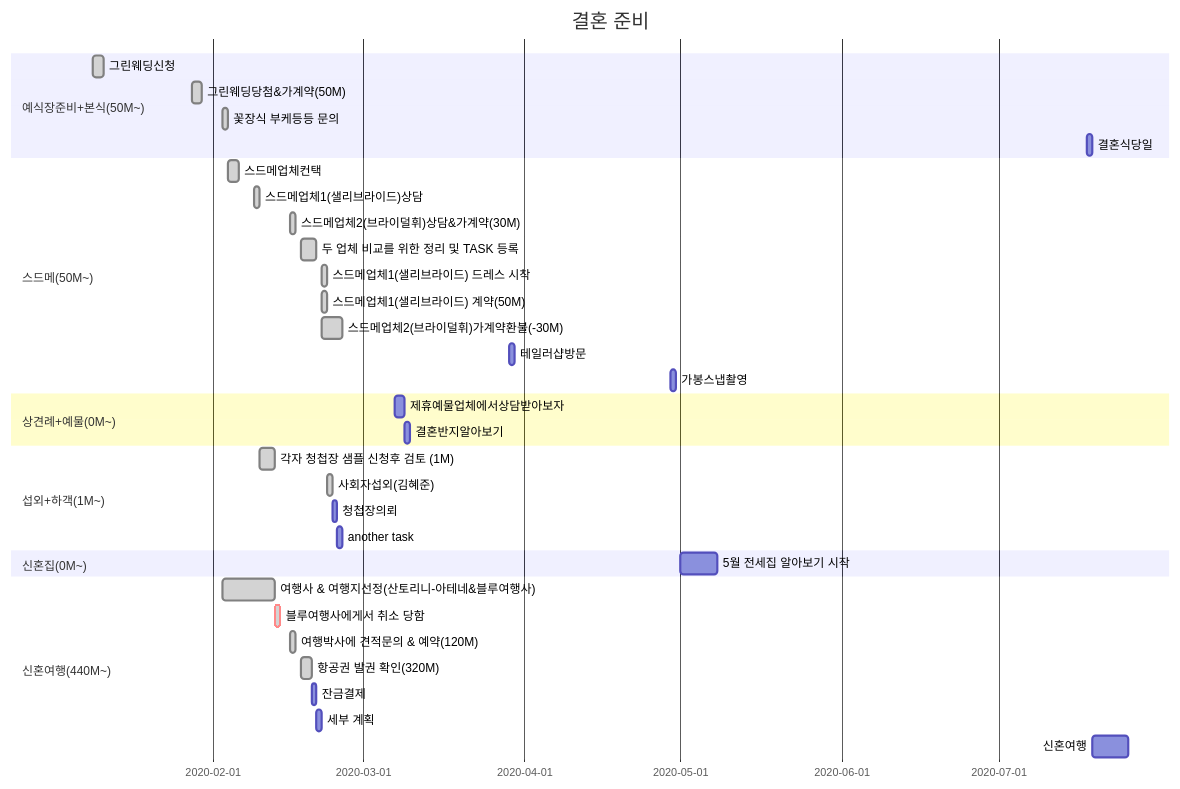
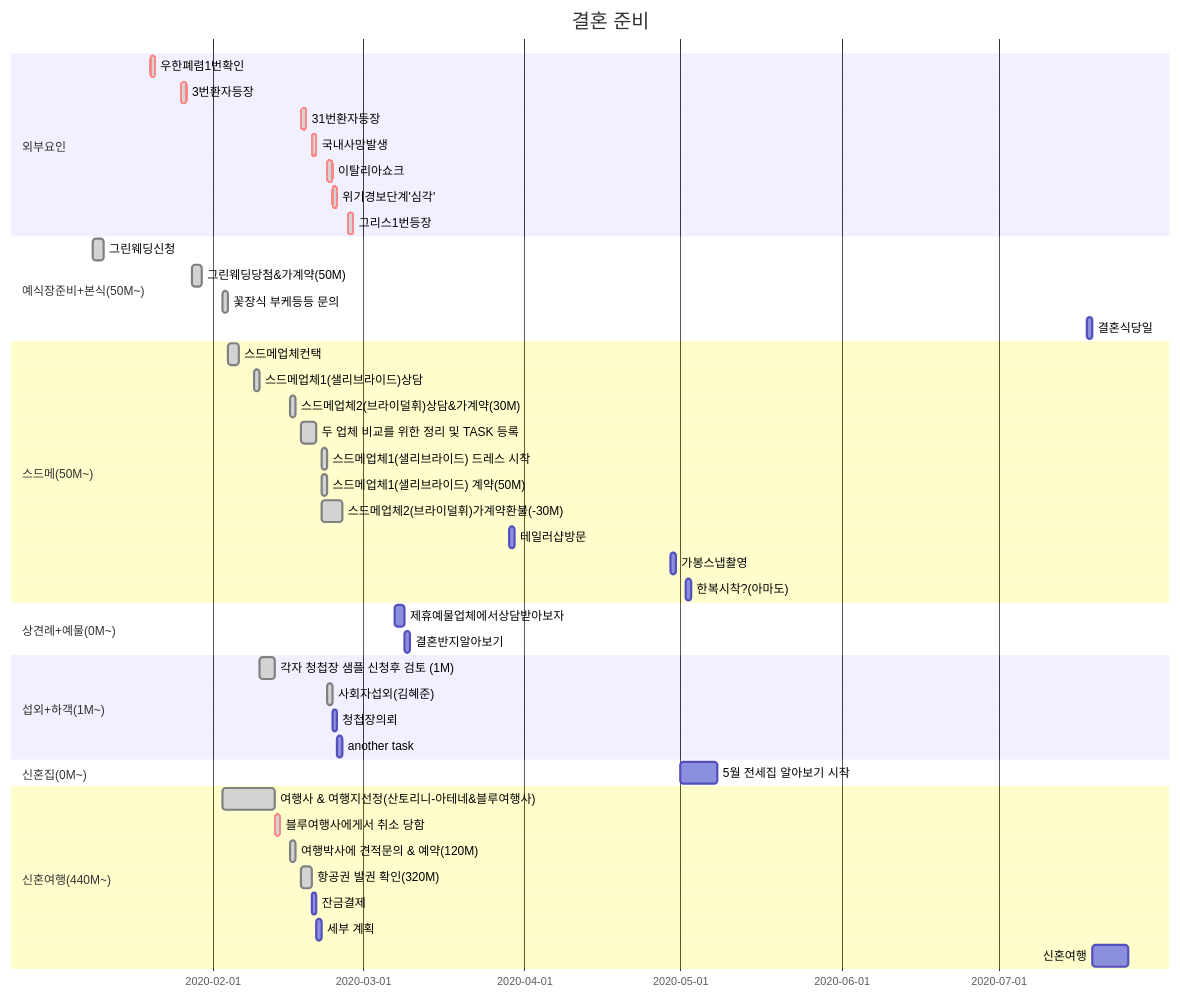
One commit to rino0601/hjk52knk changed the diagram in grantt.mmd. Above: the diagram before and after it, drawn with Mermaid. The commit also changed other lines of this file and 1 other file, not shown here.

```diff
--- a/grantt.mmd
+++ b/grantt.mmd
@@ -1,42 +1,53 @@
 gantt
 	title 결혼 준비
 	dateFormat  YYYY-MM-DD
 
-	section 예식장준비+본식(50M~)
+	section 외부요인
+    우한폐렴1번확인: done, crit, 2020-01-20, 1d
+    3번환자등장: done, crit, 2020-01-26, 1d
+    31번환자등장: done, crit, 2020-02-18, 1d
+    국내사망발생: done, crit, 2020-02-20, 1d
+    이탈리아쇼크: done, crit, 2020-02-23, 1d
+    위기경보단계'심각': done, crit, 2020-02-24, 1d
+    그리스1번등장: done, crit, 2020-02-27, 1d
+
+
+  section 예식장준비+본식(50M~)
     그린웨딩신청: done, 2020-01-09, 2d
     그린웨딩당첨&가계약(50M): done, 2020-01-28, 2d
     꽃장식 부케등등 문의: done, 2020-02-03, 1d
     결혼식당일: dday, 2020-07-18  , 1d
   section 스드메(50M~)
     스드메업체컨택: done, 2020-02-04, 2d
     스드메업체1(샐리브라이드)상담: done, 2020-02-09, 1d
     스드메업체2(브라이덜휘)상담&가계약(30M): done, 2020-02-16, 1d
     두 업체 비교를 위한 정리 및 TASK 등록: done, 2020-02-18, 2020-02-21
     스드메업체1(샐리브라이드) 드레스 시착: done, 2020-02-22, 1d
     스드메업체1(샐리브라이드) 계약(50M): done, 2020-02-22, 1d
     스드메업체2(브라이덜휘)가계약환불(-30M): done, 2020-02-22, 2020-02-26
     테일러샵방문: 2020-03-29, 1d
     가봉스냅촬영: 2020-04-29, 1d
+    한복시착?(아마도): 2020-05-02, 1d
 
   section 상견례+예물(0M~)
     제휴예물업체에서상담받아보자: 2020-03-07, 2d
     결혼반지알아보기: 1d
 
   section 섭외+하객(1M~)
     각자 청첩장 샘플 신청후 검토 (1M): done, 2020-02-10, 2020-02-13
     사회자섭외(김혜준): done, 2020-02-23, 1d
     청첩장의뢰                :1d
     another task             :1d
 
   section 신혼집(0M~)
     5월 전세집 알아보기 시작: 2020-05-01, 7d
 
   section 신혼여행(440M~)
     여행사 & 여행지선정(산토리니-아테네&블루여행사): done, 2020-02-03, 2020-02-13
     블루여행사에게서 취소 당함: done, crit, 2020-02-13, 1d
     여행박사에 견적문의 & 예약(120M): done, 2020-02-16, 2020-02-17
     항공권 발권 확인(320M): done, 2020-02-18, 2020-02-20
     잔금결제: 1d
 
     세부 계획             :1d
     신혼여행: 2020-07-19, 2020-07-26
```
